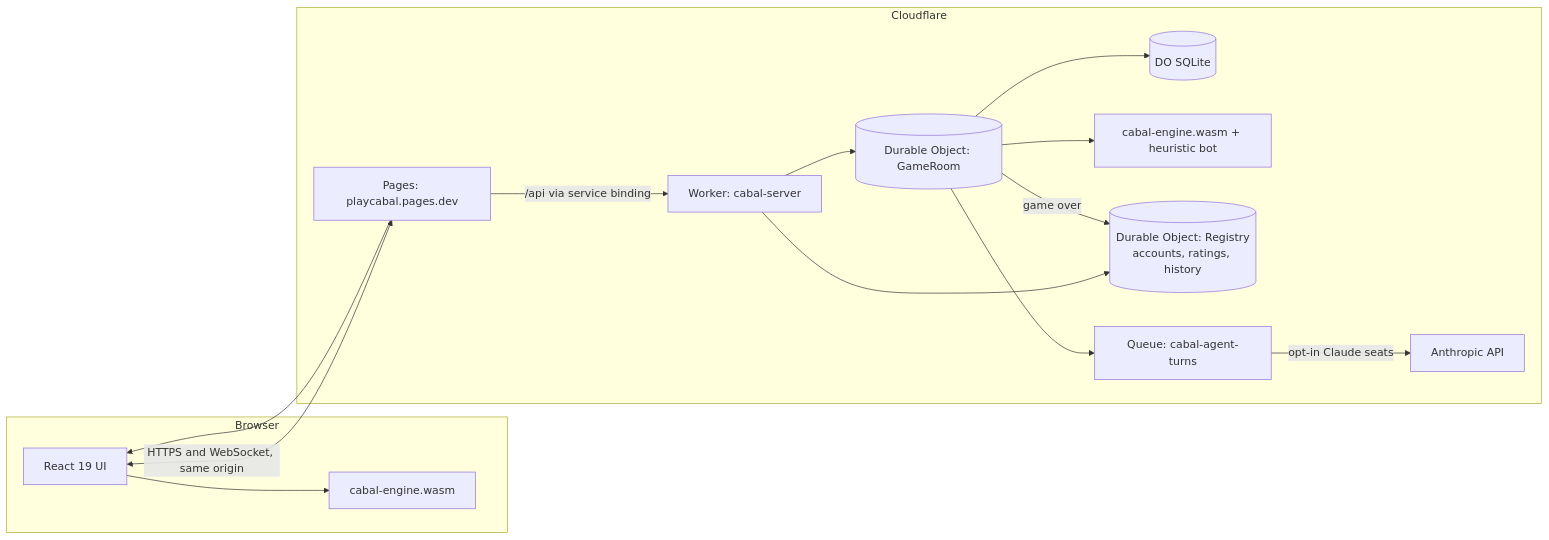
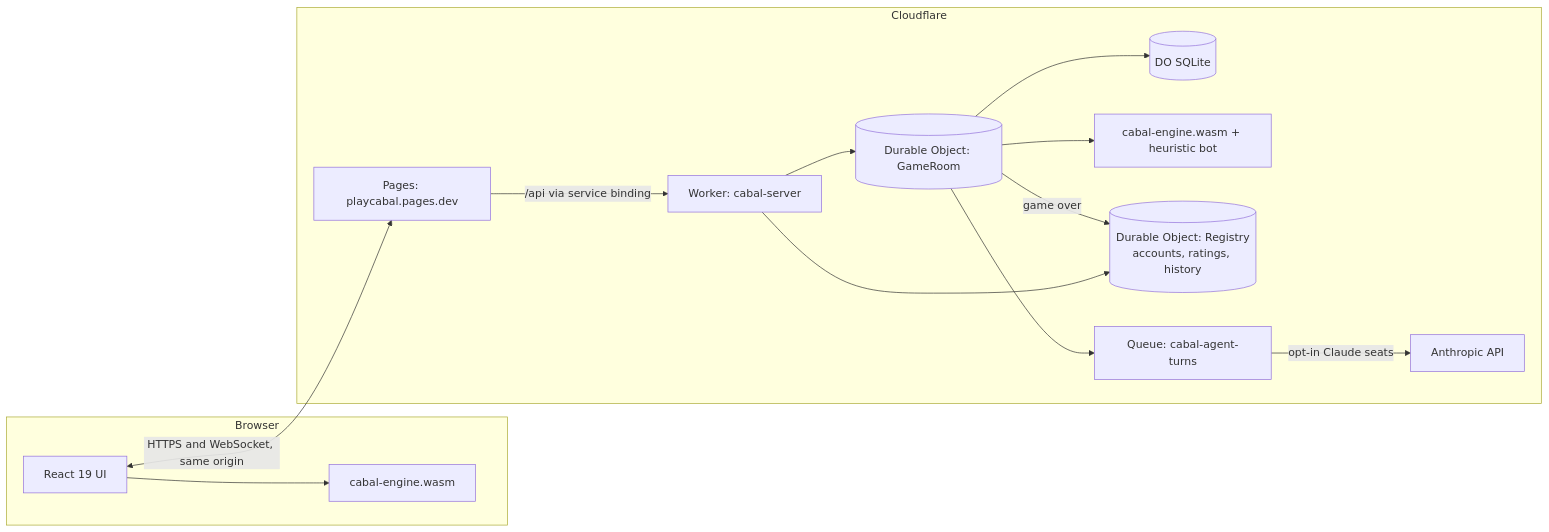
One commit to KarthikSubramanian07/Cabal changed the diagram in docs/PLAN.md. Above: the diagram before and after it, drawn with Mermaid. The commit also changed 2 other files, not shown here.

Commit message:
docs: tidy the architecture diagrams after rendering them
Drop the duplicate Pages to UI arrows, shorten the Registry label and
the game over edge so mermaid does not clip them.

````diff
--- a/docs/PLAN.md
+++ b/docs/PLAN.md
@@ -60,18 +60,17 @@
 ```mermaid
 flowchart LR
   subgraph Browser
     UI[React 19 UI] --> WASM[cabal-engine.wasm]
   end
   subgraph Cloudflare
-    Pages[Pages: playcabal.pages.dev] --> UI
-    Pages -->|/api via service binding| API[Worker: cabal-server]
+    Pages[Pages: playcabal.pages.dev] -->|/api via service binding| API[Worker: cabal-server]
     API --> DO[(Durable Object: GameRoom)]
     DO --> SQL[(DO SQLite)]
     DO --> WASM2[cabal-engine.wasm + heuristic bot]
     API --> REG[(Durable Object: Registry\naccounts, ratings, history)]
     DO -->|game over| REG
     DO --> Q[Queue: cabal-agent-turns]
     Q -->|opt-in Claude seats| Claude[Anthropic API]
   end
   UI <-->|HTTPS and WebSocket, same origin| Pages
 ```
````
